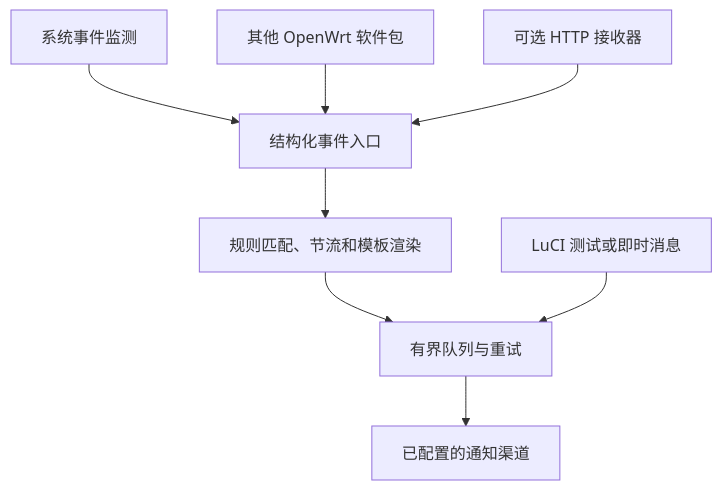
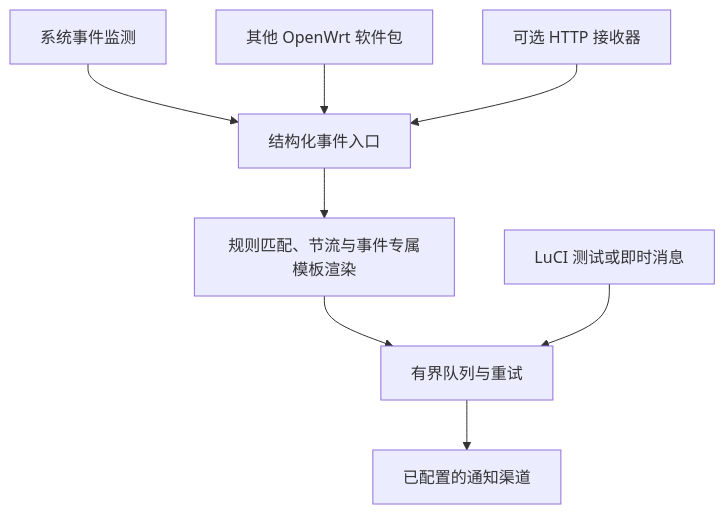
One commit to AldenClark/CatOS-apps changed the diagram in docs/notify-requirements.zh-CN.md. Above: the diagram before and after it, drawn with Mermaid. The commit also changed other lines of this file and 17 other files, not shown here.

````diff
--- a/docs/notify-requirements.zh-CN.md
+++ b/docs/notify-requirements.zh-CN.md
@@ -18,10 +18,10 @@
 ```mermaid
 flowchart TD
   A["系统事件监测"] --> D["结构化事件入口"]
   B["其他 OpenWrt 软件包"] --> D
   C["可选 HTTP 接收器"] --> D
-  D --> E["规则匹配、节流和模板渲染"]
+  D --> E["规则匹配、节流与事件专属模板渲染"]
   E --> F["有界队列与重试"]
   F --> G["已配置的通知渠道"]
   H["LuCI 测试或即时消息"] --> F
 ```
````
